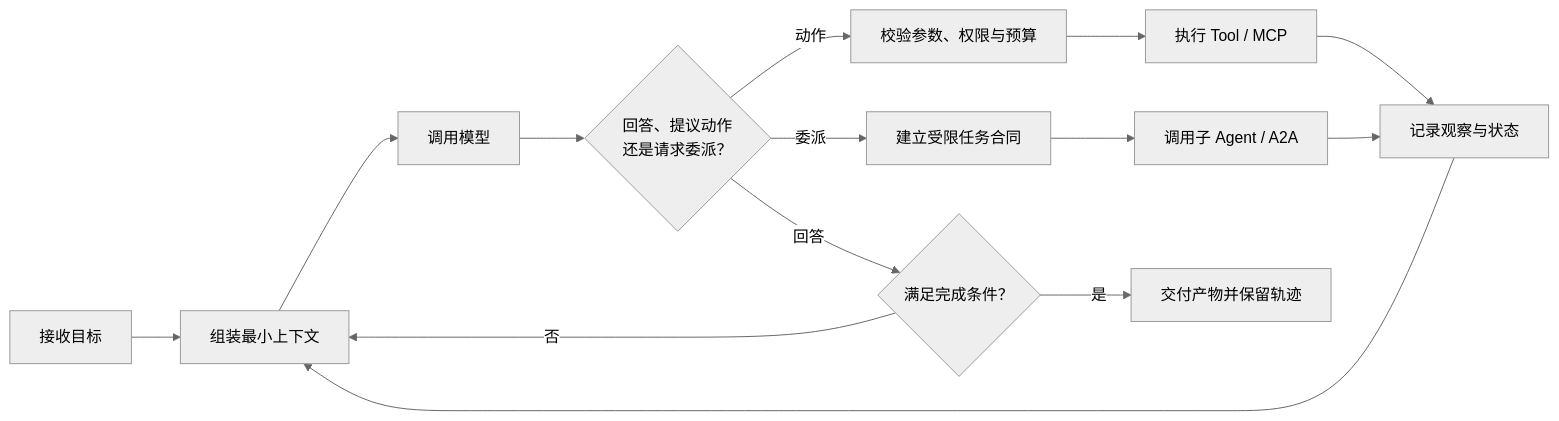
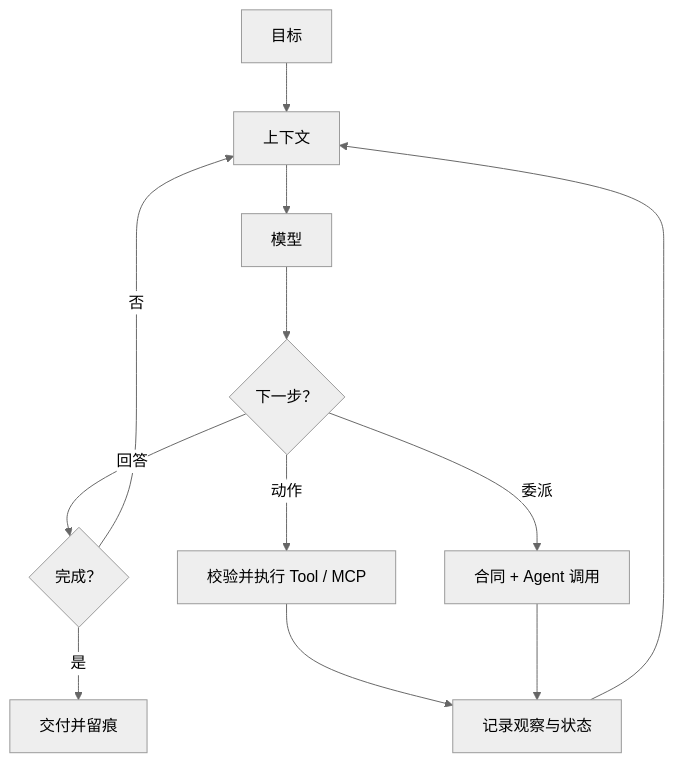
One commit to FoLaJJ/agent-systems-notes changed the fourth of 8 diagrams in docs/01-agent-evolution.md. Above: the diagram before and after it, drawn with Mermaid (neutral theme). The commit also changed other lines of this file and 11 other files, not shown here.

Commit message:
Improve Mermaid diagram readability

````diff
--- a/docs/01-agent-evolution.md
+++ b/docs/01-agent-evolution.md
@@ -165,16 +157,14 @@
 ```mermaid
-flowchart LR
-    G["接收目标"] --> C["组装最小上下文"]
-    C --> M["调用模型"]
-    M --> D{"回答、提议动作<br/>还是请求委派？"}
-    D -->|回答| Q{"满足完成条件？"}
-    D -->|动作| V["校验参数、权限与预算"]
-    D -->|委派| A["建立受限任务合同"]
-    V --> X["执行 Tool / MCP"]
-    A --> X2["调用子 Agent / A2A"]
-    X --> S["记录观察与状态"]
-    X2 --> S
+flowchart TB
+    G["目标"] --> C["上下文"]
+    C --> M["模型"]
+    M --> D{"下一步？"}
+    D -->|回答| Q{"完成？"}
+    D -->|动作| V["校验并执行 Tool / MCP"]
+    D -->|委派| A["合同 + Agent 调用"]
+    V --> S["记录观察与状态"]
+    A --> S
     S --> C
     Q -->|否| C
-    Q -->|是| O["交付产物并保留轨迹"]
+    Q -->|是| O["交付并留痕"]
 ```
````
